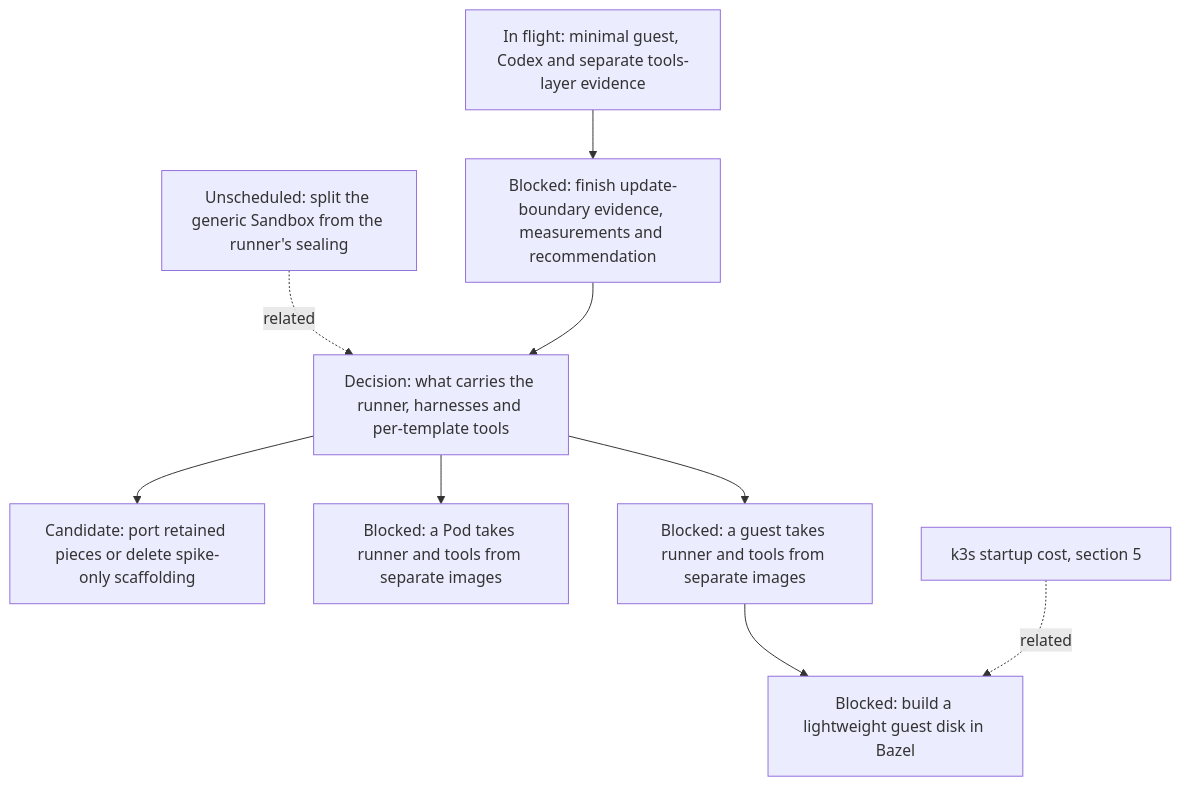
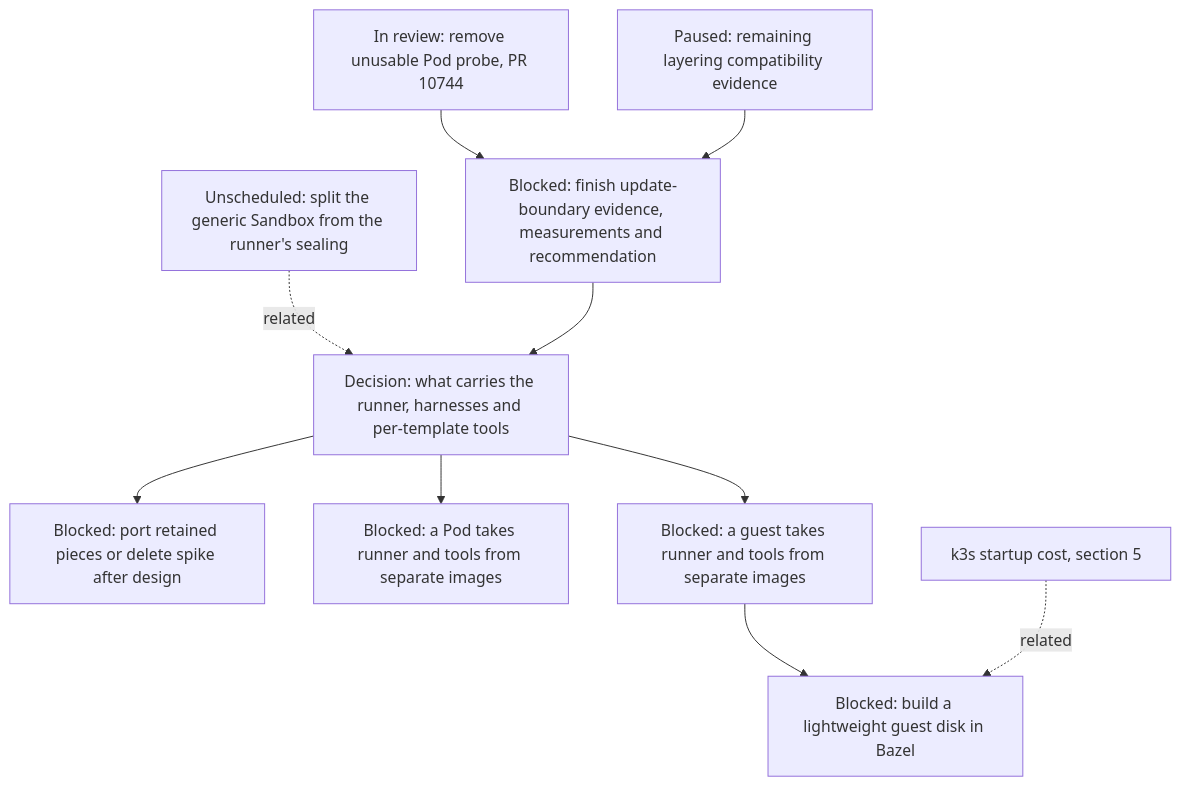
Diagram 11 of 16 in agentplane/plans/task_dag.md (agentydragon-agent/ducktape), drawn with Mermaid before and after one commit. The commit also changed other lines of this file, not shown here.

````diff
--- a/agentplane/plans/task_dag.md
+++ b/agentplane/plans/task_dag.md
@@ -898,16 +899,18 @@
 ```mermaid
 flowchart TD
     SANDBOX_GENERIC_SPLIT[Unscheduled: split the generic Sandbox from the runner's sealing]
     RUNNER_IMAGE_LAYERING_DESIGN[Decision: what carries the runner, harnesses and per-template tools]
-    RUNNER_LAYERING_SPIKE[In flight: minimal guest, Codex and separate tools-layer evidence]
+    RUNNER_LAYERING_SPIKE[Paused: remaining layering compatibility evidence]
     RUNNER_LAYERING_SPIKE_EXIT[Blocked: finish update-boundary evidence, measurements and recommendation]
-    RUNNER_LAYERING_SPIKE_RETIRE[Candidate: port retained pieces or delete spike-only scaffolding]
+    RUNNER_LAYERING_SPIKE_RETIRE[Blocked: port retained pieces or delete spike after design]
     SANDBOX_GENERIC_SPLIT -. related .-> RUNNER_IMAGE_LAYERING_DESIGN
+    RUNNER_LAYERING_PROBE_CLEANUP[In review: remove unusable Pod probe, PR 10744]
+    RUNNER_LAYERING_PROBE_CLEANUP --> RUNNER_LAYERING_SPIKE_EXIT
     RUNNER_LAYERING_SPIKE --> RUNNER_LAYERING_SPIKE_EXIT
     RUNNER_LAYERING_SPIKE_EXIT --> RUNNER_IMAGE_LAYERING_DESIGN
     RUNNER_IMAGE_LAYERING_DESIGN --> RUNNER_LAYERING_SPIKE_RETIRE
     RUNNER_IMAGE_LAYERING_DESIGN --> RUNNER_LAYERING_POD[Blocked: a Pod takes runner and tools from separate images]
     RUNNER_IMAGE_LAYERING_DESIGN --> RUNNER_LAYERING_VM[Blocked: a guest takes runner and tools from separate images]
     RUNNER_LAYERING_VM --> K3S_VM_IMAGE[Blocked: build a lightweight guest disk in Bazel]
     K3S_STARTUP_COST[k3s startup cost, section 5] -. related .-> K3S_VM_IMAGE
 ```
````
